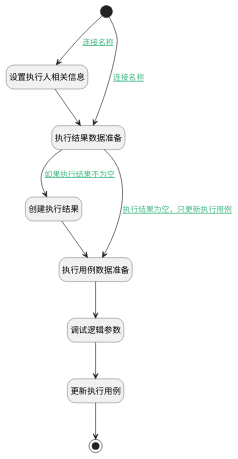
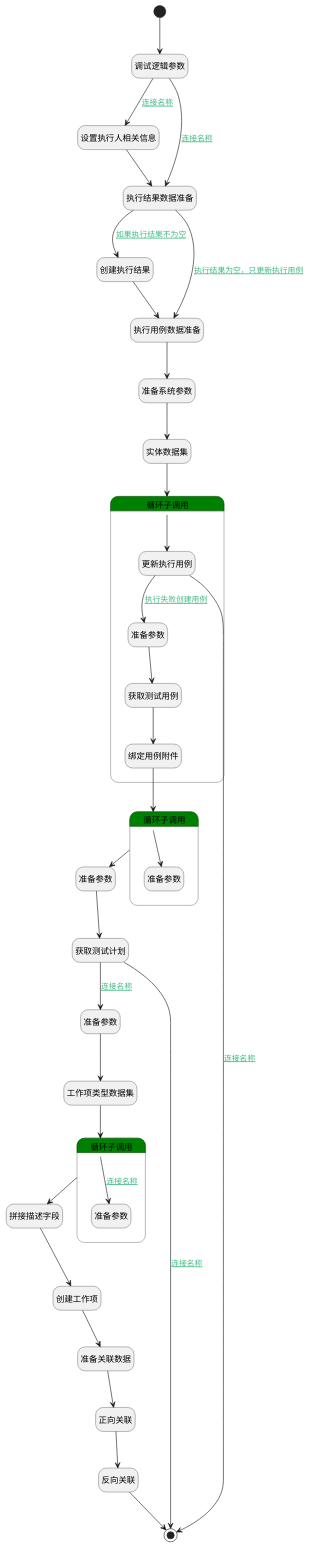
Before and after one commit to iBizLab/plm: the diagram in doc/docsify/module/TestMgmt/run/logic/create_result.md, drawn with PlantUML. The commit also changed other lines of this file and 726 other files, not shown here.

````diff
--- a/doc/docsify/module/TestMgmt/run/logic/create_result.md
+++ b/doc/docsify/module/TestMgmt/run/logic/create_result.md
@@ -7,33 +7,76 @@
 ```plantuml
 @startuml
 hide empty description
 <style>
 root {
   HyperlinkColor #42b983
 }
 </style>
 
 hide empty description
 state "开始" as Begin <<start>> [[$./create_result#begin {"开始"}]]
 state "设置执行人相关信息" as PREPAREPARAM3  [[$./create_result#prepareparam3 {"设置执行人相关信息"}]]
-state "结束" as END3 <<end>> [[$./create_result#end3 {"结束"}]]
+state "调试逻辑参数" as DEBUGPARAM2  [[$./create_result#debugparam2 {"调试逻辑参数"}]]
 state "执行结果数据准备" as PREPAREPARAM5  [[$./create_result#prepareparam5 {"执行结果数据准备"}]]
+state "结束" as END2 <<end>> [[$./create_result#end2 {"结束"}]]
+state "反向关联" as DEACTION8  [[$./create_result#deaction8 {"反向关联"}]]
+state "正向关联" as DEACTION5  [[$./create_result#deaction5 {"正向关联"}]]
+state "准备关联数据" as PREPAREPARAM9  [[$./create_result#prepareparam9 {"准备关联数据"}]]
+state "创建工作项" as DEACTION4  [[$./create_result#deaction4 {"创建工作项"}]]
+state "准备参数" as PREPAREPARAM12  [[$./create_result#prepareparam12 {"准备参数"}]]
+state "获取测试计划" as DEACTION3  [[$./create_result#deaction3 {"获取测试计划"}]]
 state "创建执行结果" as DEACTION6  [[$./create_result#deaction6 {"创建执行结果"}]]
 state "执行用例数据准备" as PREPAREPARAM6  [[$./create_result#prepareparam6 {"执行用例数据准备"}]]
+state "准备参数" as PREPAREPARAM7  [[$./create_result#prepareparam7 {"准备参数"}]]
+state "实体数据集" as DEDATASET2  [[$./create_result#dedataset2 {"实体数据集"}]]
+state "准备系统参数" as PREPAREPARAM13  [[$./create_result#prepareparam13 {"准备系统参数"}]]
+state "拼接描述字段" as RAWSFCODE1  [[$./create_result#rawsfcode1 {"拼接描述字段"}]]
+state "工作项类型数据集" as DEDATASET1  [[$./create_result#dedataset1 {"工作项类型数据集"}]]
+state "循环子调用" as LOOPSUBCALL2  [[$./create_result#loopsubcall2 {"循环子调用"}]] #green {
+state "准备参数" as PREPAREPARAM11  [[$./create_result#prepareparam11 {"准备参数"}]]
+}
+state "循环子调用" as LOOPSUBCALL3  [[$./create_result#loopsubcall3 {"循环子调用"}]] #green {
 state "更新执行用例" as DEACTION7  [[$./create_result#deaction7 {"更新执行用例"}]]
-state "调试逻辑参数" as DEBUGPARAM1  [[$./create_result#debugparam1 {"调试逻辑参数"}]]
+state "准备参数" as PREPAREPARAM4  [[$./create_result#prepareparam4 {"准备参数"}]]
+state "获取测试用例" as DEACTION9  [[$./create_result#deaction9 {"获取测试用例"}]]
+state "绑定用例附件" as PREPAREPARAM10  [[$./create_result#prepareparam10 {"绑定用例附件"}]]
+}
+state "循环子调用" as LOOPSUBCALL1  [[$./create_result#loopsubcall1 {"循环子调用"}]] #green {
+state "准备参数" as PREPAREPARAM8  [[$./create_result#prepareparam8 {"准备参数"}]]
+}
 
 
-Begin --> PREPAREPARAM3 : [[$./create_result#begin-prepareparam3{连接名称} 连接名称]]
+Begin --> DEBUGPARAM2
+DEBUGPARAM2 --> PREPAREPARAM3 : [[$./create_result#debugparam2-prepareparam3{连接名称} 连接名称]]
 PREPAREPARAM3 --> PREPAREPARAM5
 PREPAREPARAM5 --> DEACTION6 : [[$./create_result#prepareparam5-deaction6{如果执行结果不为空} 如果执行结果不为空]]
 DEACTION6 --> PREPAREPARAM6
-PREPAREPARAM6 --> DEBUGPARAM1
-DEBUGPARAM1 --> DEACTION7
-DEACTION7 --> END3
+PREPAREPARAM6 --> PREPAREPARAM13
+PREPAREPARAM13 --> DEDATASET2
+DEDATASET2 --> LOOPSUBCALL3
+LOOPSUBCALL3 --> DEACTION7
+DEACTION7 --> END2 : [[$./create_result#deaction7-end2{连接名称} 连接名称]]
+DEACTION7 --> PREPAREPARAM4 : [[$./create_result#deaction7-prepareparam4{执行失败创建用例} 执行失败创建用例]]
+PREPAREPARAM4 --> DEACTION9
+DEACTION9 --> PREPAREPARAM10
+PREPAREPARAM10 --> LOOPSUBCALL2
+LOOPSUBCALL2 --> PREPAREPARAM11
+LOOPSUBCALL2 --> PREPAREPARAM12
+PREPAREPARAM12 --> DEACTION3
+DEACTION3 --> PREPAREPARAM7 : [[$./create_result#deaction3-prepareparam7{连接名称} 连接名称]]
+PREPAREPARAM7 --> DEDATASET1
+DEDATASET1 --> LOOPSUBCALL1
+LOOPSUBCALL1 --> RAWSFCODE1
+RAWSFCODE1 --> DEACTION4
+DEACTION4 --> PREPAREPARAM9
+PREPAREPARAM9 --> DEACTION5
+DEACTION5 --> DEACTION8
+DEACTION8 --> END2
+LOOPSUBCALL1 --> PREPAREPARAM8 : [[$./create_result#loopsubcall1-prepareparam8{连接名称} 连接名称]]
+DEACTION3 --> END2 : [[$./create_result#deaction3-end2{连接名称} 连接名称]]
 PREPAREPARAM5 --> PREPAREPARAM6 : [[$./create_result#prepareparam5-prepareparam6{执行结果为空，只更新执行用例} 执行结果为空，只更新执行用例]]
-Begin --> PREPAREPARAM5 : [[$./create_result#begin-prepareparam5{连接名称} 连接名称]]
+DEBUGPARAM2 --> PREPAREPARAM5 : [[$./create_result#debugparam2-prepareparam5{连接名称} 连接名称]]
 
 
 @enduml
 ```
````
